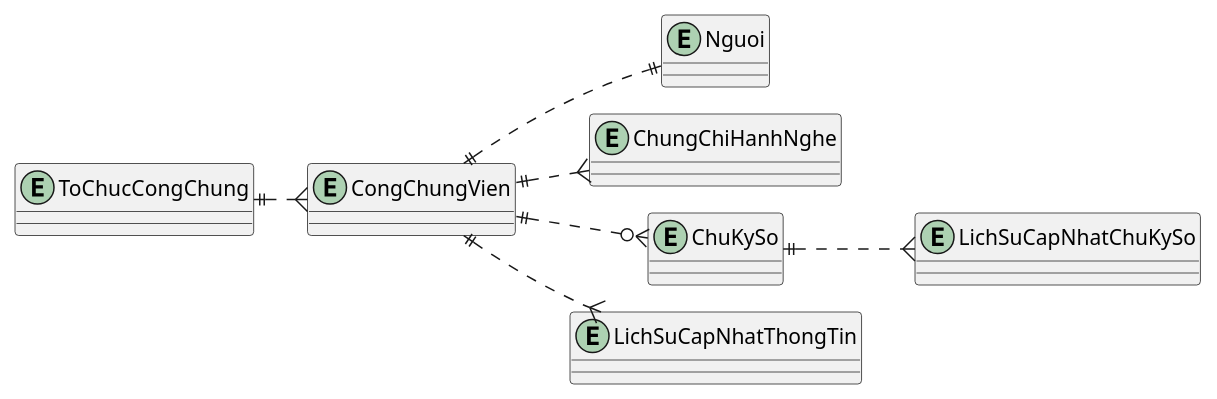
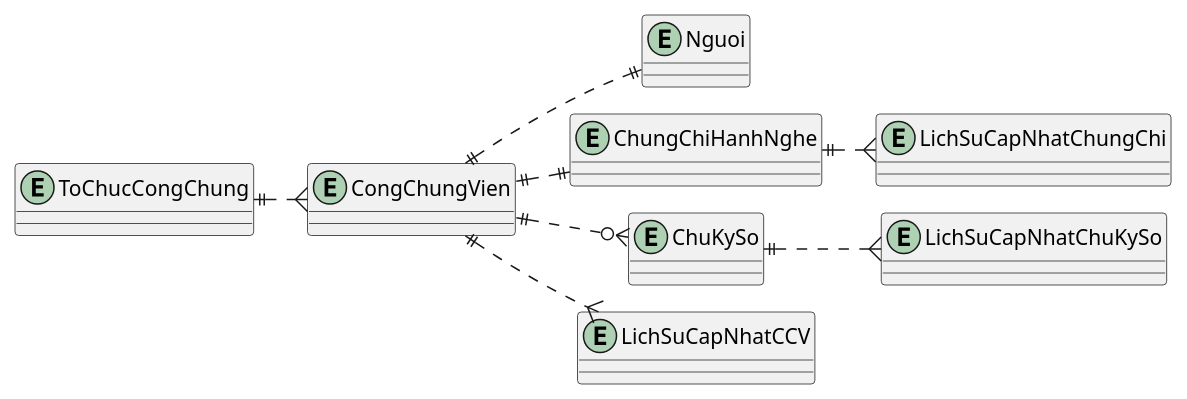
One commit to alvinnguyen9820-prog/CSDL-Cong-Chung changed the diagram in Quản lý công chứng viên/2.erd.puml. Above: the diagram before and after it, drawn with PlantUML. The commit also changed 37 other files, not shown here.

```diff
--- a/Quản lý công chứng viên/2.erd.puml
+++ b/Quản lý công chứng viên/2.erd.puml
@@ -1,18 +1,21 @@
 @startuml erd
 !pragma layout smetana
 left to right direction
 entity Nguoi
 entity CongChungVien
 entity ChungChiHanhNghe
 entity ChuKySo
-entity LichSuCapNhatThongTin
+entity LichSuCapNhatCCV
 entity LichSuCapNhatChuKySo
+entity LichSuCapNhatChungChi
 entity ToChucCongChung
 
 CongChungVien ||..|| Nguoi
-CongChungVien ||..{ ChungChiHanhNghe
 CongChungVien ||..o{ ChuKySo
+CongChungVien ||..|| ChungChiHanhNghe
 ToChucCongChung ||..{ CongChungVien
 ChuKySo ||..{ LichSuCapNhatChuKySo
-CongChungVien ||..{ LichSuCapNhatThongTin
+CongChungVien ||..{ LichSuCapNhatCCV
+ChungChiHanhNghe ||..{ LichSuCapNhatChungChi
+
 @enduml
```
